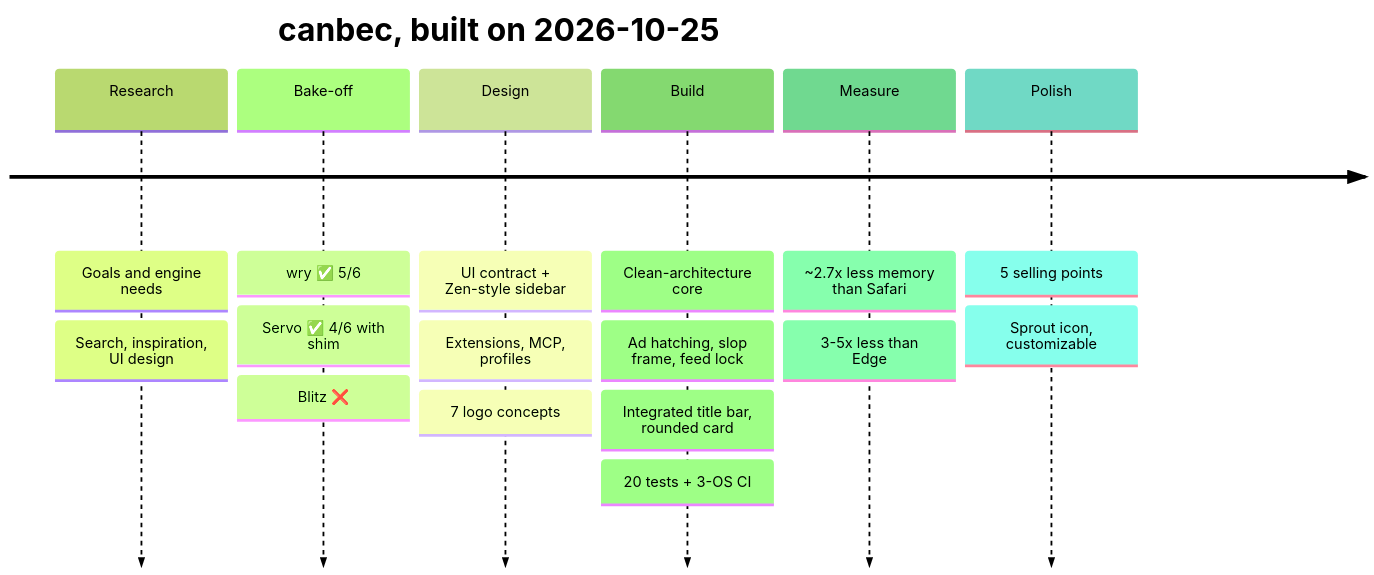
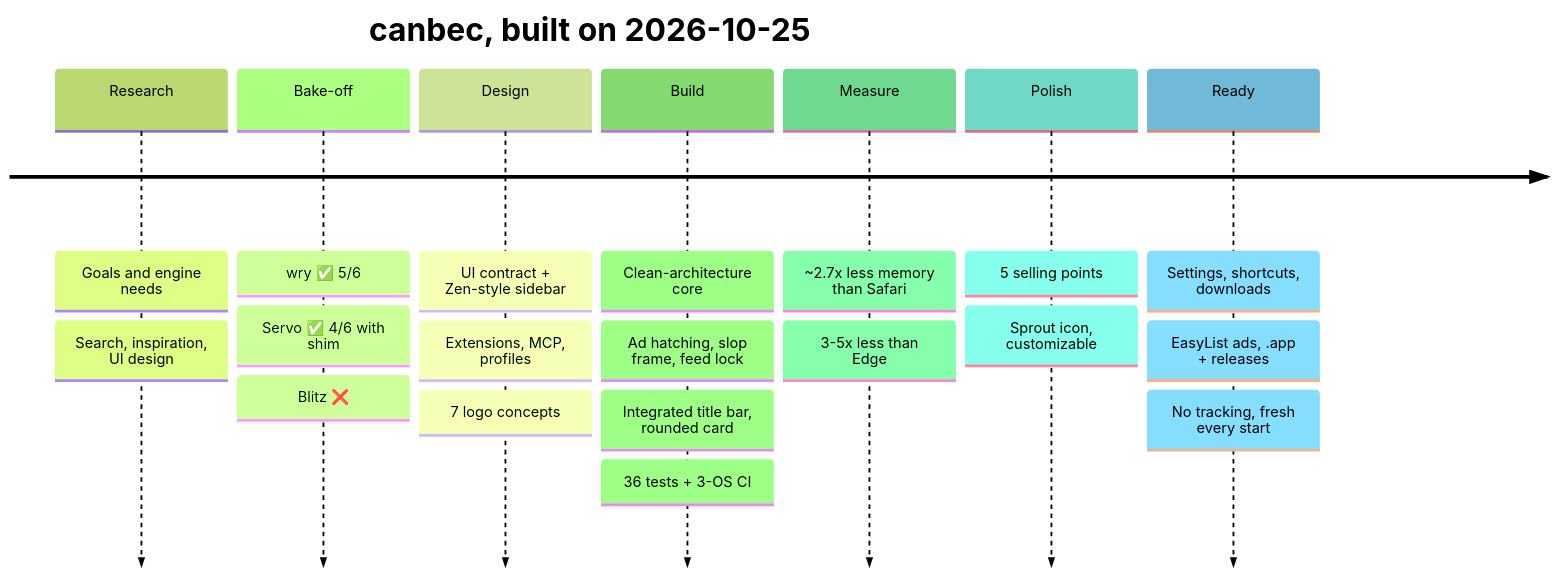
One commit to Cod3rs-org/canbec changed the diagram in README.md. Above: the diagram before and after it, drawn with Mermaid (forest theme). The commit also changed other lines of this file, not shown here.

Commit message:
docs: README — no-tracking reason, settings, shortcuts, EasyList, downloads, journey 13-18, 36 tests

````diff
--- a/README.md
+++ b/README.md
@@ -64,20 +70,23 @@
 ```mermaid
 timeline
     title canbec, built on 2026-10-25
     Research : Goals and engine needs
              : Search, inspiration, UI design
     Bake-off : wry ✅ 5/6
              : Servo ✅ 4/6 with shim
              : Blitz ❌
     Design   : UI contract + Zen-style sidebar
              : Extensions, MCP, profiles
              : 7 logo concepts
     Build    : Clean-architecture core
              : Ad hatching, slop frame, feed lock
              : Integrated title bar, rounded card
-             : 20 tests + 3-OS CI
+             : 36 tests + 3-OS CI
     Measure  : ~2.7x less memory than Safari
              : 3-5x less than Edge
     Polish   : 5 selling points
              : Sprout icon, customizable
+    Ready    : Settings, shortcuts, downloads
+             : EasyList ads, .app + releases
+             : No tracking, fresh every start
 ```
````
